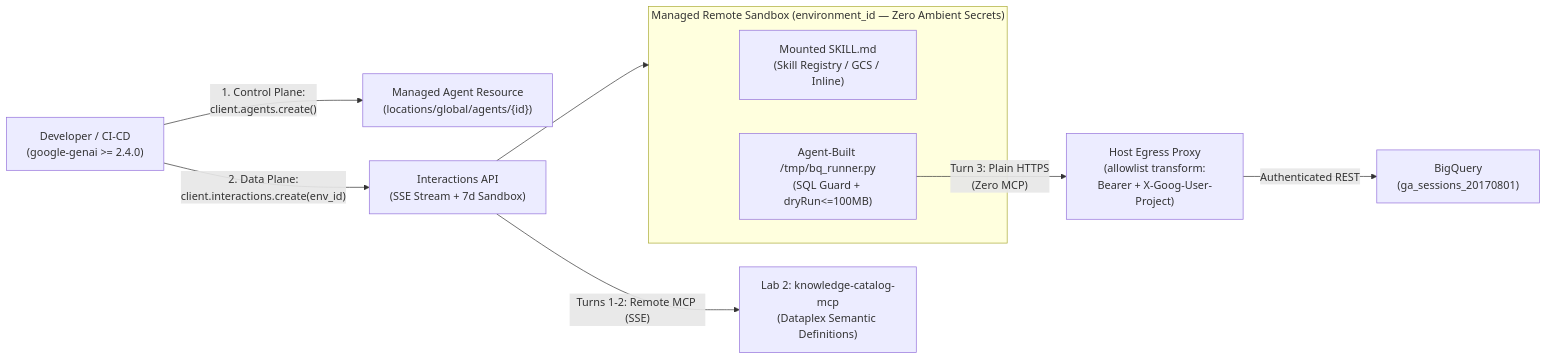
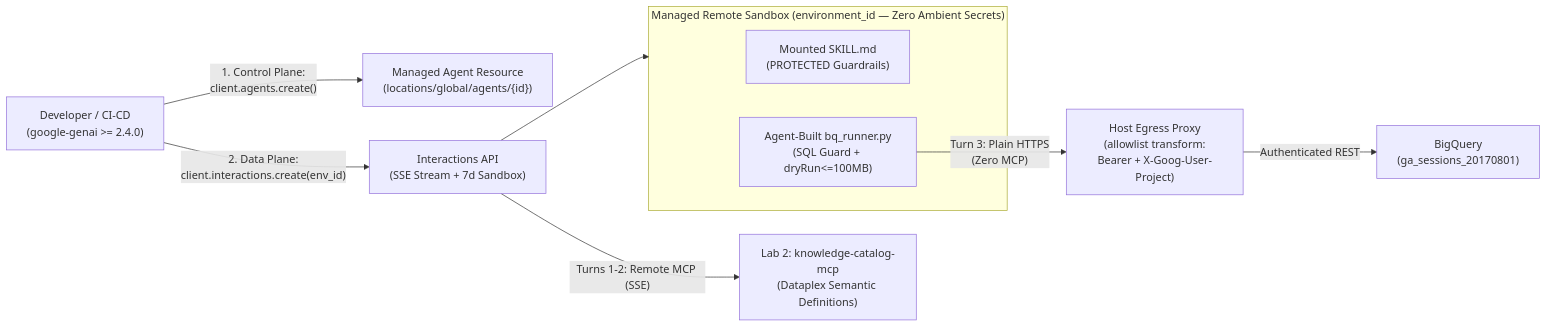
Before and after one commit to tvaroska/agent-builder-labs: the diagram in managed-agents-api/README.md, drawn with Mermaid. The commit also changed other lines of this file and 7 other files, not shown here.

````diff
--- a/managed-agents-api/README.md
+++ b/managed-agents-api/README.md
@@ -20,16 +20,16 @@
 ```mermaid
 flowchart LR
     DEV["Developer / CI-CD\n(google-genai >= 2.4.0)"] -->|"1. Control Plane:\nclient.agents.create()"| AGENT["Managed Agent Resource\n(locations/global/agents/{id})"]
     DEV -->|"2. Data Plane:\nclient.interactions.create(env_id)"| INT["Interactions API\n(SSE Stream + 7d Sandbox)"]
 
     subgraph SANDBOX["Managed Remote Sandbox (environment_id — Zero Ambient Secrets)"]
-        SKILL["Mounted SKILL.md\n(Skill Registry / GCS / Inline)"]
-        CLI["Agent-Built /tmp/bq_runner.py\n(SQL Guard + dryRun<=100MB)"]
+        SKILL["Mounted SKILL.md\n(PROTECTED Guardrails)"]
+        CLI["Agent-Built bq_runner.py\n(SQL Guard + dryRun<=100MB)"]
     end
 
     PROXY["Host Egress Proxy\n(allowlist transform:\nBearer + X-Goog-User-Project)"]
 
     INT --> SANDBOX
     INT -->|"Turns 1-2: Remote MCP (SSE)"| MCP["Lab 2: knowledge-catalog-mcp\n(Dataplex Semantic Definitions)"]
     CLI -->|"Turn 3: Plain HTTPS\n(Zero MCP)"| PROXY -->|"Authenticated REST"| BQ["BigQuery\n(ga_sessions_20170801)"]
 ```
````
